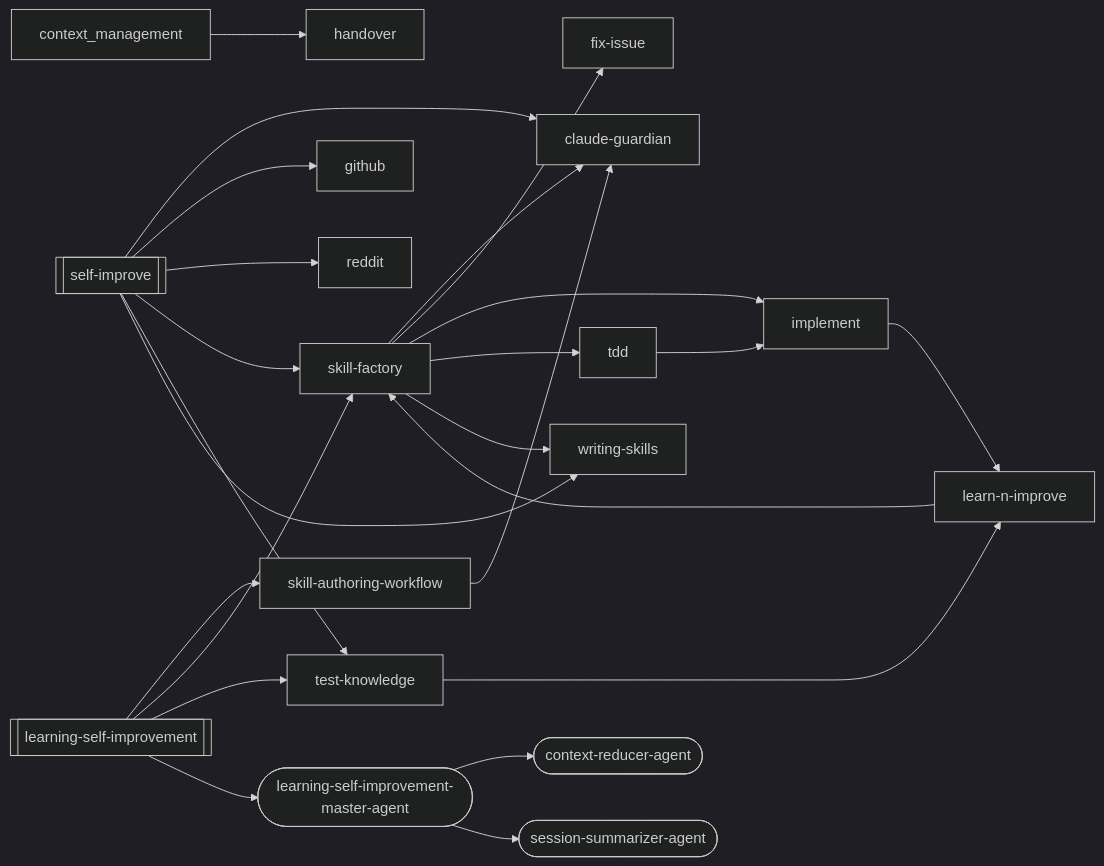
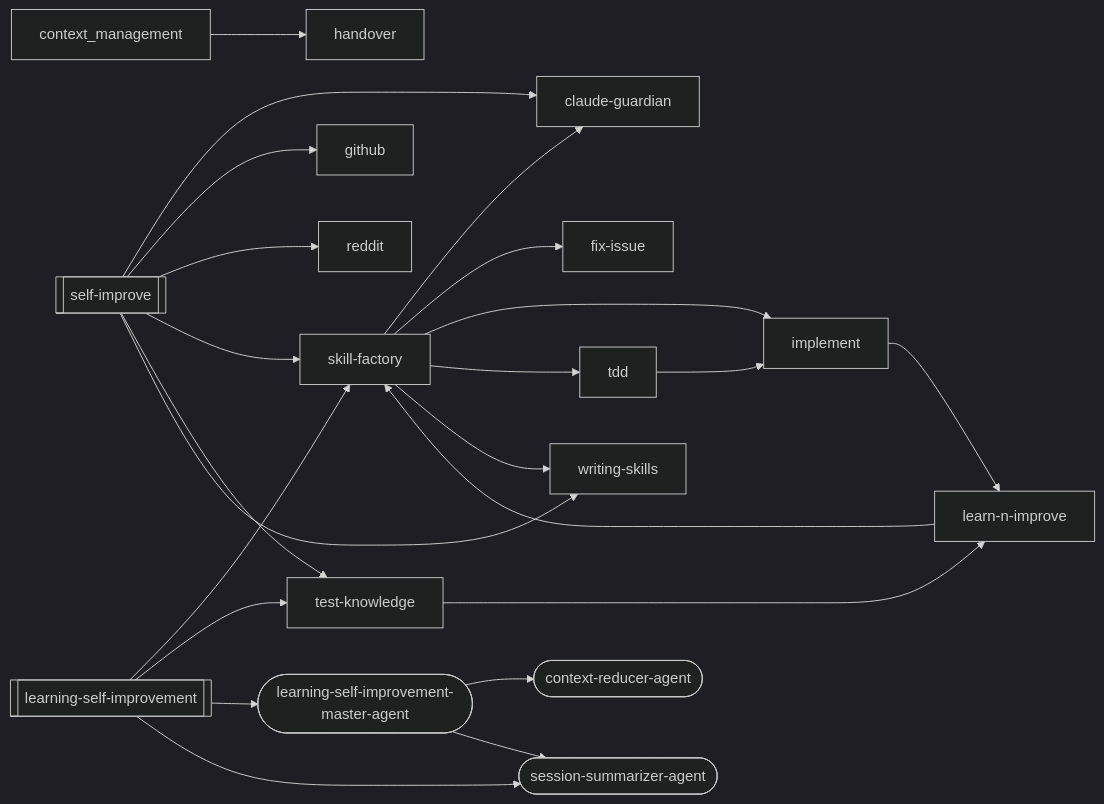
The third of 19 diagrams in docs/workflows/learning-self-improvement.md (abhayla/claude-best-practices), drawn with Mermaid (dark theme) before and after one commit. The commit also changed other lines of this file and 12 other files, not shown here.

````diff
--- a/docs/workflows/learning-self-improvement.md
+++ b/docs/workflows/learning-self-improvement.md
@@ -319,43 +335,41 @@
 ```mermaid
 graph LR
     learning_self_improvement[["learning-self-improvement"]]
     self_improve[["self-improve"]]
     claude_guardian["claude-guardian"]
     context_reducer_agent(["context-reducer-agent"])
     fix_issue["fix-issue"]
     github["github"]
     handover["handover"]
     implement["implement"]
     learn_n_improve["learn-n-improve"]
     learning_self_improvement_master_agent(["learning-self-improvement-master-agent"])
     reddit["reddit"]
     session_summarizer_agent(["session-summarizer-agent"])
-    skill_authoring_workflow["skill-authoring-workflow"]
     skill_factory["skill-factory"]
     tdd["tdd"]
     test_knowledge["test-knowledge"]
     writing_skills["writing-skills"]
     implement --> learn_n_improve
     learn_n_improve --> skill_factory
-    learning_self_improvement --> skill_authoring_workflow
     learning_self_improvement --> skill_factory
     learning_self_improvement --> test_knowledge
     learning_self_improvement --> learning_self_improvement_master_agent
-    skill_authoring_workflow --> claude_guardian
+    learning_self_improvement --> session_summarizer_agent
     skill_factory --> claude_guardian
     skill_factory --> fix_issue
     skill_factory --> implement
     skill_factory --> tdd
     skill_factory --> writing_skills
     tdd --> implement
     test_knowledge --> learn_n_improve
     self_improve --> claude_guardian
     self_improve --> github
     self_improve --> reddit
     self_improve --> skill_factory
     self_improve --> test_knowledge
     self_improve --> writing_skills
     learning_self_improvement_master_agent --> context_reducer_agent
     learning_self_improvement_master_agent --> session_summarizer_agent
     context_management --> handover
 ```
````
